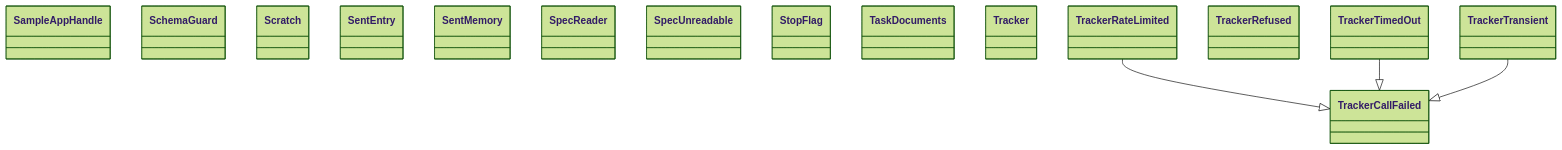
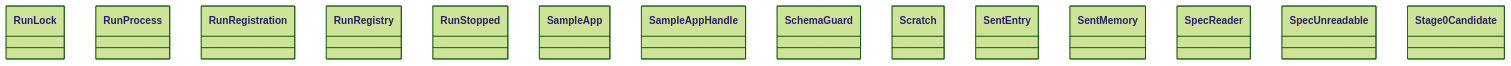
Before and after one commit to GonzaloZevallos/agentic-system: the diagram in docs/architecture/generated/classes-process-application-support-5.md, drawn with Mermaid (forest theme). The commit also changed other lines of this file and 26 other files, not shown here.

First line of the commit message:
Add the stage0 rotation service, its ports and value types

````diff
--- a/docs/architecture/generated/classes-process-application-support-5.md
+++ b/docs/architecture/generated/classes-process-application-support-5.md
@@ -18,21 +19,17 @@
 ```mermaid
 classDiagram
+    class ports__RunLock["RunLock"]
+    class ports__RunProcess["RunProcess"]
+    class ports__RunRegistration["RunRegistration"]
+    class ports__RunRegistry["RunRegistry"]
+    class ports__RunStopped["RunStopped"]
+    class ports__SampleApp["SampleApp"]
     class ports__SampleAppHandle["SampleAppHandle"]
     class ports__SchemaGuard["SchemaGuard"]
     class ports__Scratch["Scratch"]
     class ports__SentEntry["SentEntry"]
     class ports__SentMemory["SentMemory"]
     class ports__SpecReader["SpecReader"]
     class ports__SpecUnreadable["SpecUnreadable"]
-    class ports__StopFlag["StopFlag"]
-    class ports__TaskDocuments["TaskDocuments"]
-    class ports__Tracker["Tracker"]
-    class ports__TrackerCallFailed["TrackerCallFailed"]
-    class ports__TrackerRateLimited["TrackerRateLimited"]
-    class ports__TrackerRefused["TrackerRefused"]
-    class ports__TrackerTimedOut["TrackerTimedOut"]
-    class ports__TrackerTransient["TrackerTransient"]
-    ports__TrackerRateLimited --|> ports__TrackerCallFailed
-    ports__TrackerTimedOut --|> ports__TrackerCallFailed
-    ports__TrackerTransient --|> ports__TrackerCallFailed
+    class ports__Stage0Candidate["Stage0Candidate"]
 ```
````
